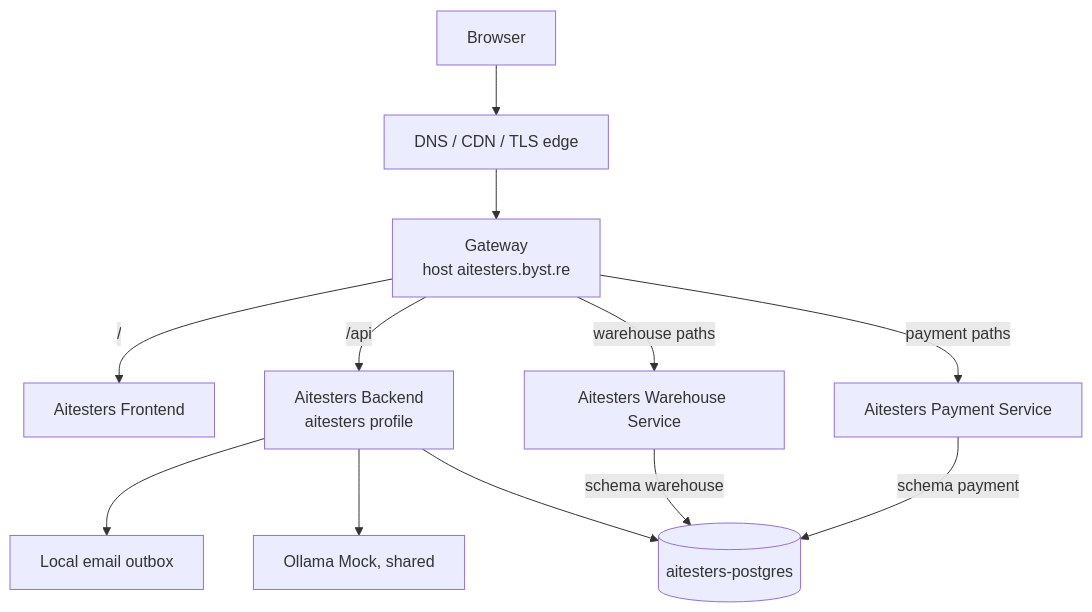
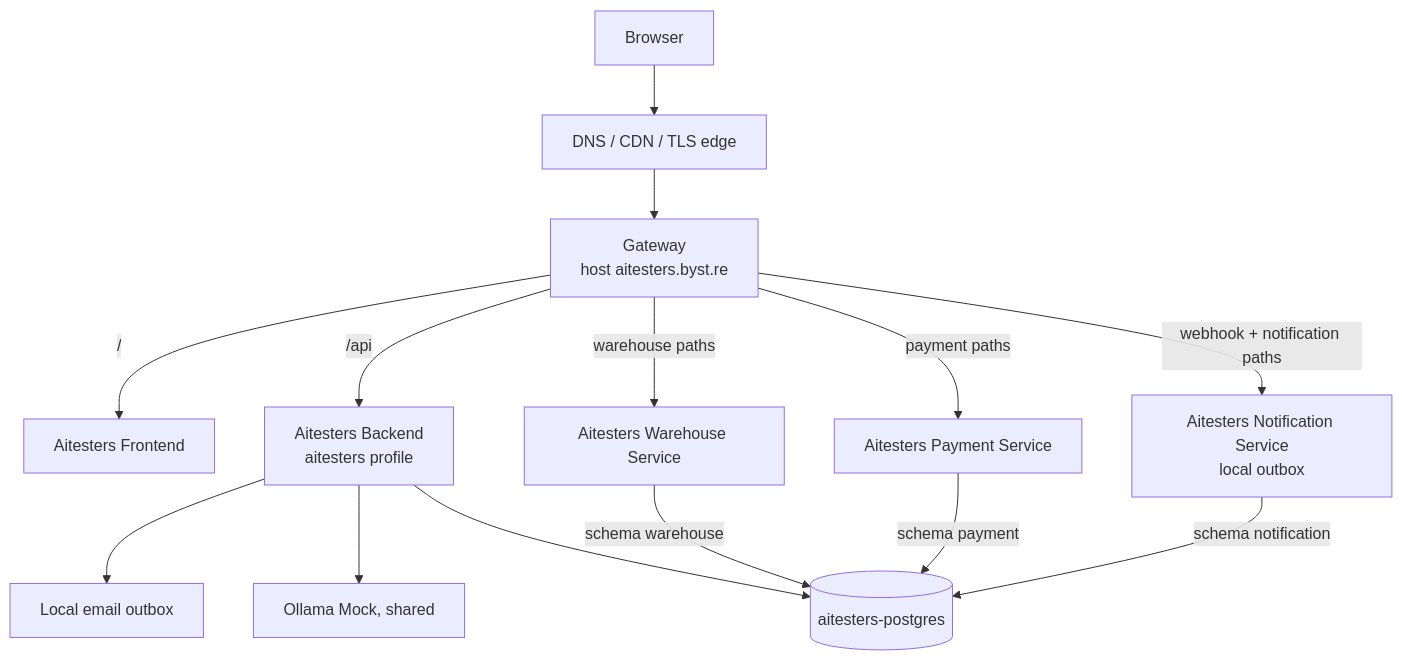
The sixth of 6 diagrams in docs/PROFILE_URLS.md (slawekradzyminski/awesome-localstack), drawn with Mermaid before and after one commit. The commit also changed other lines of this file and 32 other files, not shown here.

First line of the commit message:
Document notification-service, reservations and split shipments

````diff
--- a/docs/PROFILE_URLS.md
+++ b/docs/PROFILE_URLS.md
@@ -120,13 +134,15 @@
 ```mermaid
 flowchart TB
     U[Browser] --> CF[DNS / CDN / TLS edge] --> G[Gateway<br/>host aitesters.byst.re]
     G -->|/| AF[Aitesters Frontend]
     G -->|/api| AB[Aitesters Backend<br/>aitesters profile]
     G -->|warehouse paths| AW[Aitesters Warehouse Service]
     G -->|payment paths| APS[Aitesters Payment Service]
+    G -->|webhook + notification paths| ANS[Aitesters Notification Service<br/>local outbox]
     AB --> LO[Local email outbox]
     AB --> O[Ollama Mock, shared]
     AB --> APG[(aitesters-postgres)]
     AW -->|schema warehouse| APG
     APS -->|schema payment| APG
+    ANS -->|schema notification| APG
 ```
````
